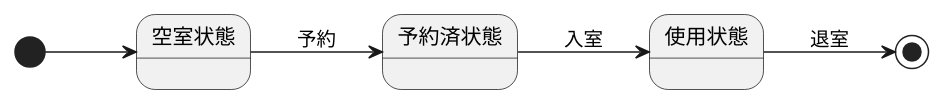
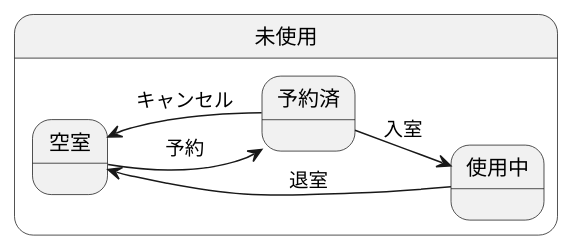
The diagram in 演習6-2_SD_部屋オブジェクト.pu (kenkensan/uml-introduction), drawn with PlantUML before and after one commit.

Commit message:
直し

```diff
--- a/演習6-2_SD_部屋オブジェクト.pu
+++ b/演習6-2_SD_部屋オブジェクト.pu
@@ -1,7 +1,12 @@
 @startuml 演習6-2
 left to right direction
-[*]-->空室状態
-空室状態-->予約済状態 :予約
-予約済状態-->使用状態 :入室
-使用状態-->[*] :退室
+state 未使用{
+    空室-->予約済 :予約
+    空室<--予約済 :キャンセル
+    予約済-->使用中 :入室
+
+}
+state 使用中{
+   使用中 -->空室 :退室
+}
 @enduml
```
